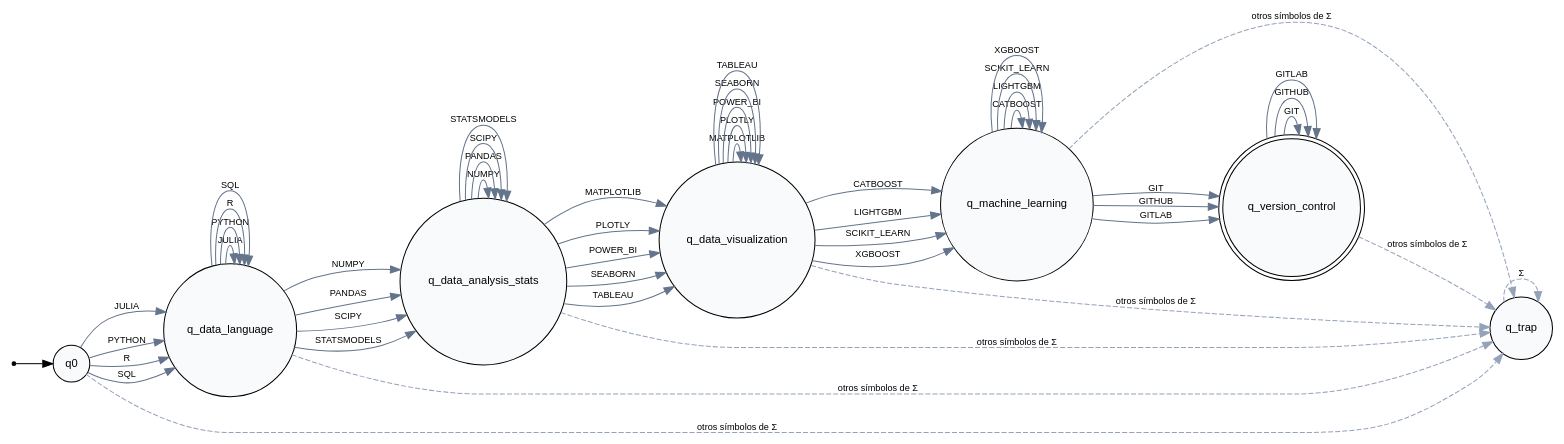
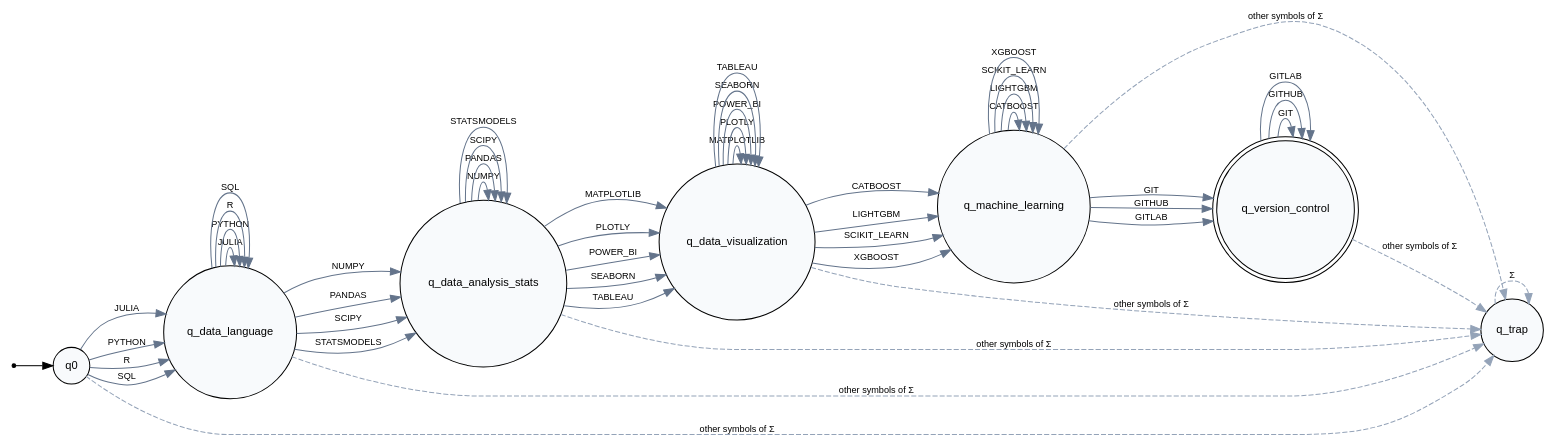
One commit to JuanJoe-18/DiscreteIII-Integrative-Task-VictorTeam changed the diagram in docs/diagrams/data_scientist.dot. Above: the diagram before and after it, drawn with Graphviz. The commit also changed 30 other files, not shown here.

```diff
--- a/docs/diagrams/data_scientist.dot
+++ b/docs/diagrams/data_scientist.dot
@@ -1,61 +1,61 @@
 digraph DFA_data_scientist {
 	rankdir=LR
 	node [fontname=Helvetica fontsize=11 style=filled]
 	edge [fontname=Helvetica fontsize=9]
 	__start [label="" shape=point]
 	__start -> q0
 	q0 [fillcolor="#f8fafc" shape=circle]
 	q_data_analysis_stats [fillcolor="#f8fafc" shape=circle]
 	q_data_language [fillcolor="#f8fafc" shape=circle]
 	q_data_visualization [fillcolor="#f8fafc" shape=circle]
 	q_machine_learning [fillcolor="#f8fafc" shape=circle]
 	q_trap [fillcolor="#f8fafc" shape=circle]
 	q_version_control [fillcolor="#f8fafc" shape=doublecircle]
 	q0 -> q_data_language [label=JULIA color="#64748b" penwidth=1.0]
 	q0 -> q_data_language [label=PYTHON color="#64748b" penwidth=1.0]
 	q0 -> q_data_language [label=R color="#64748b" penwidth=1.0]
 	q0 -> q_data_language [label=SQL color="#64748b" penwidth=1.0]
 	q_data_analysis_stats -> q_data_visualization [label=MATPLOTLIB color="#64748b" penwidth=1.0]
 	q_data_analysis_stats -> q_data_analysis_stats [label=NUMPY color="#64748b" penwidth=1.0]
 	q_data_analysis_stats -> q_data_analysis_stats [label=PANDAS color="#64748b" penwidth=1.0]
 	q_data_analysis_stats -> q_data_visualization [label=PLOTLY color="#64748b" penwidth=1.0]
 	q_data_analysis_stats -> q_data_visualization [label=POWER_BI color="#64748b" penwidth=1.0]
 	q_data_analysis_stats -> q_data_analysis_stats [label=SCIPY color="#64748b" penwidth=1.0]
 	q_data_analysis_stats -> q_data_visualization [label=SEABORN color="#64748b" penwidth=1.0]
 	q_data_analysis_stats -> q_data_analysis_stats [label=STATSMODELS color="#64748b" penwidth=1.0]
 	q_data_analysis_stats -> q_data_visualization [label=TABLEAU color="#64748b" penwidth=1.0]
 	q_data_language -> q_data_language [label=JULIA color="#64748b" penwidth=1.0]
 	q_data_language -> q_data_analysis_stats [label=NUMPY color="#64748b" penwidth=1.0]
 	q_data_language -> q_data_analysis_stats [label=PANDAS color="#64748b" penwidth=1.0]
 	q_data_language -> q_data_language [label=PYTHON color="#64748b" penwidth=1.0]
 	q_data_language -> q_data_language [label=R color="#64748b" penwidth=1.0]
 	q_data_language -> q_data_analysis_stats [label=SCIPY color="#64748b" penwidth=1.0]
 	q_data_language -> q_data_language [label=SQL color="#64748b" penwidth=1.0]
 	q_data_language -> q_data_analysis_stats [label=STATSMODELS color="#64748b" penwidth=1.0]
 	q_data_visualization -> q_machine_learning [label=CATBOOST color="#64748b" penwidth=1.0]
 	q_data_visualization -> q_machine_learning [label=LIGHTGBM color="#64748b" penwidth=1.0]
 	q_data_visualization -> q_data_visualization [label=MATPLOTLIB color="#64748b" penwidth=1.0]
 	q_data_visualization -> q_data_visualization [label=PLOTLY color="#64748b" penwidth=1.0]
 	q_data_visualization -> q_data_visualization [label=POWER_BI color="#64748b" penwidth=1.0]
 	q_data_visualization -> q_machine_learning [label=SCIKIT_LEARN color="#64748b" penwidth=1.0]
 	q_data_visualization -> q_data_visualization [label=SEABORN color="#64748b" penwidth=1.0]
 	q_data_visualization -> q_data_visualization [label=TABLEAU color="#64748b" penwidth=1.0]
 	q_data_visualization -> q_machine_learning [label=XGBOOST color="#64748b" penwidth=1.0]
 	q_machine_learning -> q_machine_learning [label=CATBOOST color="#64748b" penwidth=1.0]
 	q_machine_learning -> q_version_control [label=GIT color="#64748b" penwidth=1.0]
 	q_machine_learning -> q_version_control [label=GITHUB color="#64748b" penwidth=1.0]
 	q_machine_learning -> q_version_control [label=GITLAB color="#64748b" penwidth=1.0]
 	q_machine_learning -> q_machine_learning [label=LIGHTGBM color="#64748b" penwidth=1.0]
 	q_machine_learning -> q_machine_learning [label=SCIKIT_LEARN color="#64748b" penwidth=1.0]
 	q_machine_learning -> q_machine_learning [label=XGBOOST color="#64748b" penwidth=1.0]
 	q_version_control -> q_version_control [label=GIT color="#64748b" penwidth=1.0]
 	q_version_control -> q_version_control [label=GITHUB color="#64748b" penwidth=1.0]
 	q_version_control -> q_version_control [label=GITLAB color="#64748b" penwidth=1.0]
-	q0 -> q_trap [label="otros símbolos de Σ" color="#94a3b8" style=dashed]
-	q_data_analysis_stats -> q_trap [label="otros símbolos de Σ" color="#94a3b8" style=dashed]
-	q_data_language -> q_trap [label="otros símbolos de Σ" color="#94a3b8" style=dashed]
-	q_data_visualization -> q_trap [label="otros símbolos de Σ" color="#94a3b8" style=dashed]
-	q_machine_learning -> q_trap [label="otros símbolos de Σ" color="#94a3b8" style=dashed]
+	q0 -> q_trap [label="other symbols of Σ" color="#94a3b8" style=dashed]
+	q_data_analysis_stats -> q_trap [label="other symbols of Σ" color="#94a3b8" style=dashed]
+	q_data_language -> q_trap [label="other symbols of Σ" color="#94a3b8" style=dashed]
+	q_data_visualization -> q_trap [label="other symbols of Σ" color="#94a3b8" style=dashed]
+	q_machine_learning -> q_trap [label="other symbols of Σ" color="#94a3b8" style=dashed]
 	q_trap -> q_trap [label="Σ" color="#94a3b8" style=dashed]
-	q_version_control -> q_trap [label="otros símbolos de Σ" color="#94a3b8" style=dashed]
+	q_version_control -> q_trap [label="other symbols of Σ" color="#94a3b8" style=dashed]
 }
```
